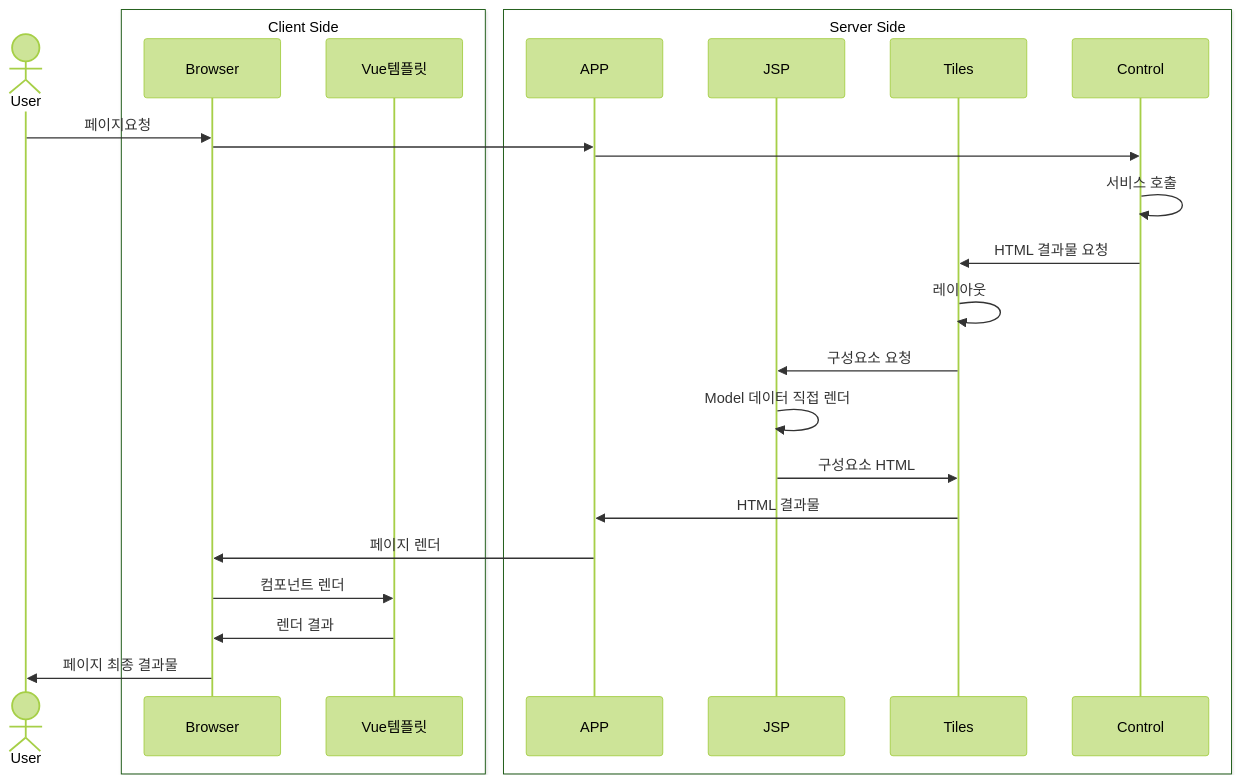
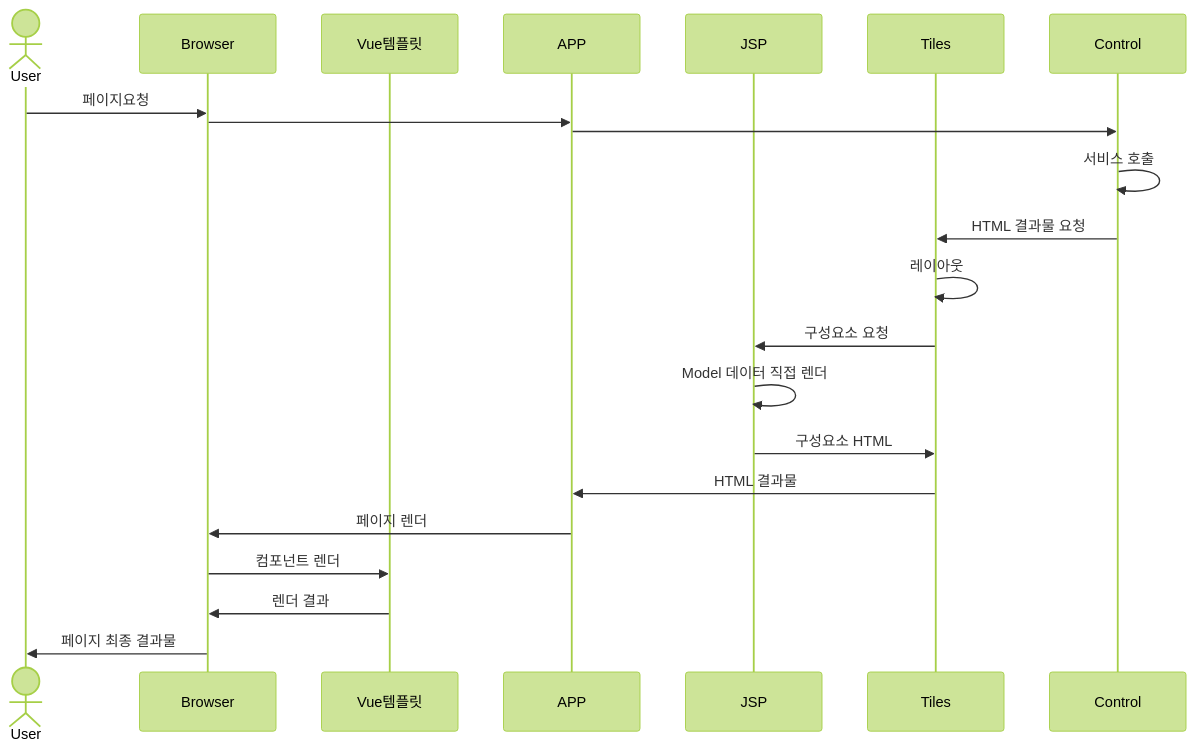
One commit to lupfeliz/legacy-java-was changed the second of 2 diagrams in documents/04-webservicedevelop.md. Above: the diagram before and after it, drawn with Mermaid (forest theme). The commit also changed other lines of this file and 1 other file, not shown here.

Commit message:
mermaid 문서 테스트 (신규문법 등)

````diff
--- a/documents/04-webservicedevelop.md
+++ b/documents/04-webservicedevelop.md
@@ -41,28 +37,24 @@
 ```mermaid
 sequenceDiagram
 Actor User
-box White Client Side
 participant Browser
 participant Vue템플릿
-end
-box White Server Side
 participant APP
 participant JSP
 participant Tiles
 participant Control
-end
 User ->> Browser: 페이지요청
 Browser ->> APP: 　
 APP ->> Control: 　
 Control ->> Control: 서비스 호출
 Control ->> Tiles: HTML 결과물 요청
 Tiles ->> Tiles: 레이아웃
 Tiles ->> JSP: 구성요소 요청
 JSP ->> JSP: Model 데이터 직접 렌더
 JSP ->> Tiles: 구성요소 HTML
 Tiles ->> APP: HTML 결과물
 APP ->> Browser: 페이지 렌더
 Browser ->> Vue템플릿: 컴포넌트 렌더
 Vue템플릿 ->> Browser: 렌더 결과
 Browser ->>User: 페이지 최종 결과물
 ```
````
